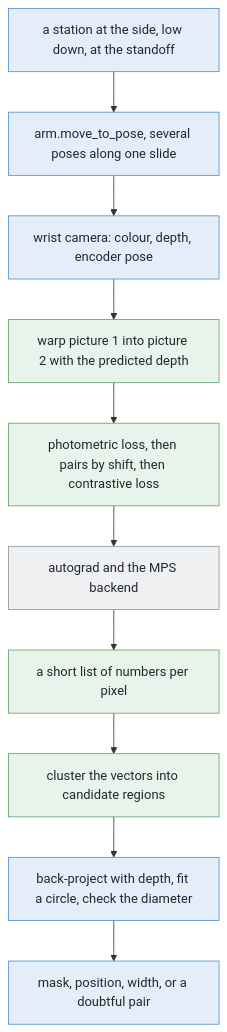
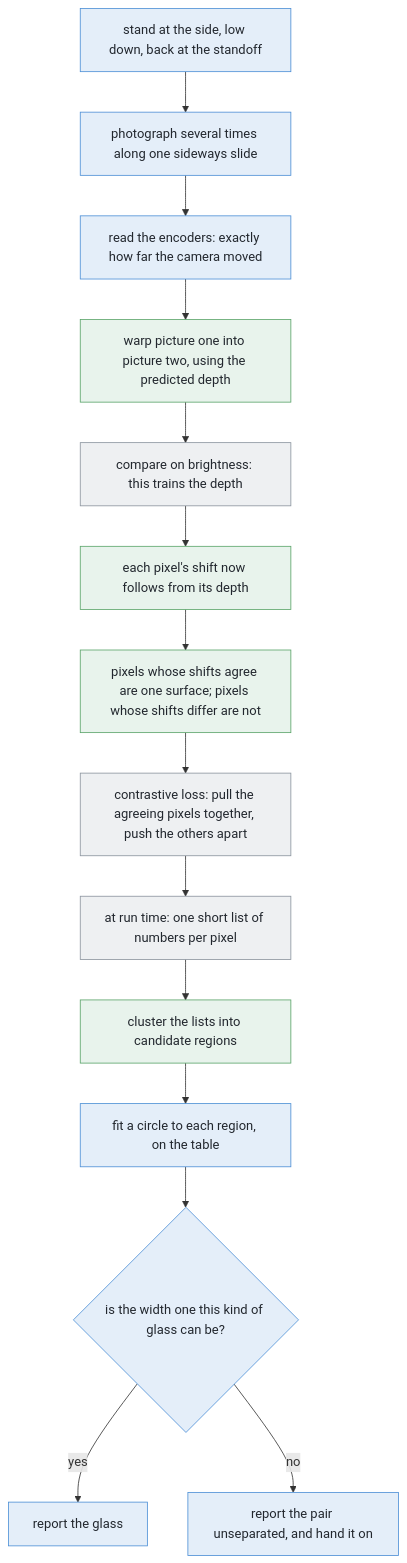
One commit to RobinNagpal/robot-arm-projects changed the diagram in v5-pick-glasses/docs/problem-2/solutions/09-self-supervised-from-the-arms-own-movement.md. Above: the diagram before and after it, drawn with Mermaid. The commit also changed other lines of this file, not shown here.

First line of the commit message:
Solution 9 rewritten for a first-time reader

````diff
--- a/v5-pick-glasses/docs/problem-2/solutions/09-self-supervised-from-the-arms-own-movement.md
+++ b/v5-pick-glasses/docs/problem-2/solutions/09-self-supervised-from-the-arms-own-movement.md
@@ -280,22 +244,30 @@
 ```mermaid
 flowchart TD
-    S["a station at the side, low down, at the standoff"] --> A["arm.move_to_pose, several poses along one slide"]
-    A --> C["wrist camera: colour, depth, encoder pose"]
-    C --> W["warp picture 1 into picture 2 with the predicted depth"]
-    W --> L["photometric loss, then pairs by shift, then contrastive loss"]
-    L --> G["autograd and the MPS backend"]
-    G --> M["a short list of numbers per pixel"]
-    M --> K["cluster the vectors into candidate regions"]
-    K --> B["back-project with depth, fit a circle, check the diameter"]
-    B --> R["mask, position, width, or a doubtful pair"]
+    S["stand at the side, low down, back at the standoff"] --> P["photograph several times along one sideways slide"]
+    P --> E["read the encoders: exactly how far the camera moved"]
+    E --> W["warp picture one into picture two, using the predicted depth"]
+    W --> L1["compare on brightness: this trains the depth"]
+    L1 --> SH["each pixel's shift now follows from its depth"]
+    SH --> PR["pixels whose shifts agree are one surface; pixels whose shifts differ are not"]
+    PR --> L2["contrastive loss: pull the agreeing pixels together, push the others apart"]
+    L2 --> EM["at run time: one short list of numbers per pixel"]
+    EM --> CL["cluster the lists into candidate regions"]
+    CL --> F["fit a circle to each region, on the table"]
+    F --> D{"is the width one this kind of glass can be?"}
+    D -->|"yes"| OK["report the glass"]
+    D -->|"no"| Q["report the pair unseparated, and hand it on"]
     style S fill:#e4eef9,stroke:#4c8fd6,color:#22272e
-    style A fill:#e4eef9,stroke:#4c8fd6,color:#22272e
-    style C fill:#e4eef9,stroke:#4c8fd6,color:#22272e
+    style P fill:#e4eef9,stroke:#4c8fd6,color:#22272e
+    style E fill:#e4eef9,stroke:#4c8fd6,color:#22272e
+    style F fill:#e4eef9,stroke:#4c8fd6,color:#22272e
+    style D fill:#e4eef9,stroke:#4c8fd6,color:#22272e
+    style OK fill:#e4eef9,stroke:#4c8fd6,color:#22272e
+    style Q fill:#e4eef9,stroke:#4c8fd6,color:#22272e
     style W fill:#e8f3ec,stroke:#5aa469,color:#22272e
-    style L fill:#e8f3ec,stroke:#5aa469,color:#22272e
-    style G fill:#eef0f2,stroke:#8b949e,color:#22272e
-    style M fill:#e8f3ec,stroke:#5aa469,color:#22272e
-    style K fill:#e8f3ec,stroke:#5aa469,color:#22272e
-    style B fill:#e4eef9,stroke:#4c8fd6,color:#22272e
-    style R fill:#e4eef9,stroke:#4c8fd6,color:#22272e
+    style SH fill:#e8f3ec,stroke:#5aa469,color:#22272e
+    style PR fill:#e8f3ec,stroke:#5aa469,color:#22272e
+    style CL fill:#e8f3ec,stroke:#5aa469,color:#22272e
+    style L1 fill:#eef0f2,stroke:#8b949e,color:#22272e
+    style L2 fill:#eef0f2,stroke:#8b949e,color:#22272e
+    style EM fill:#eef0f2,stroke:#8b949e,color:#22272e
 ```
````
